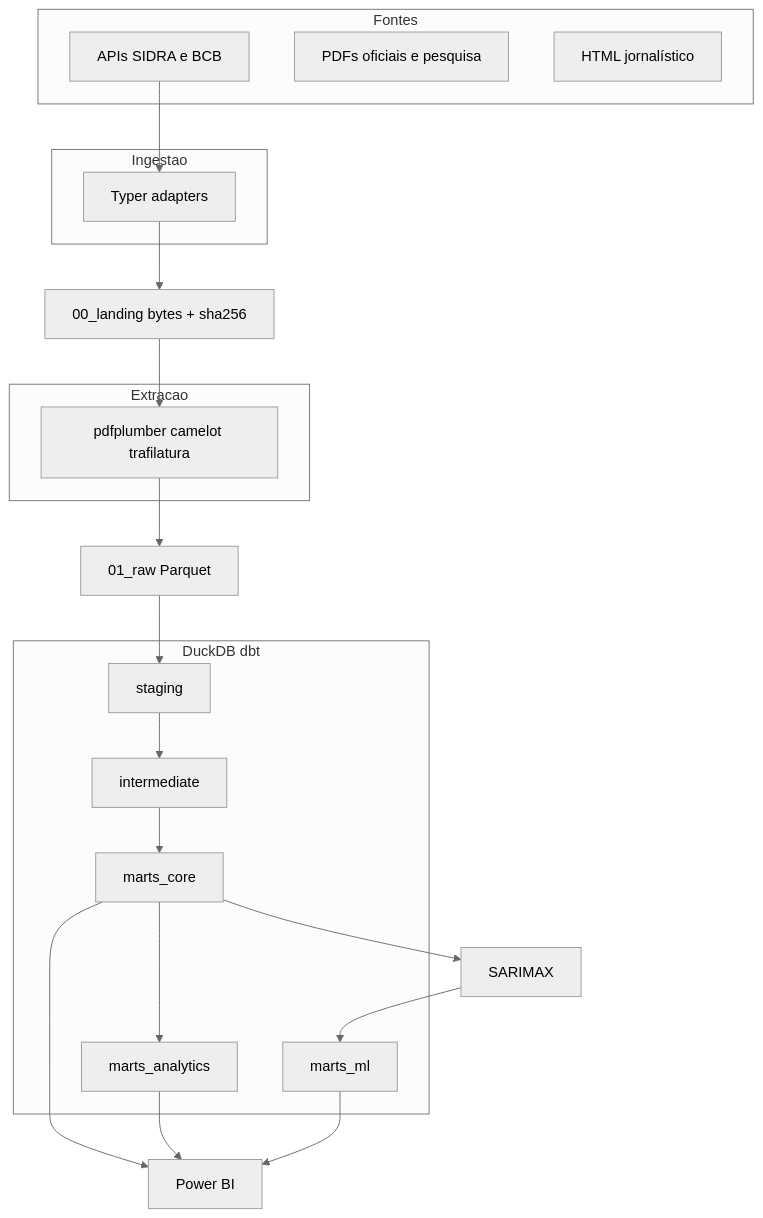
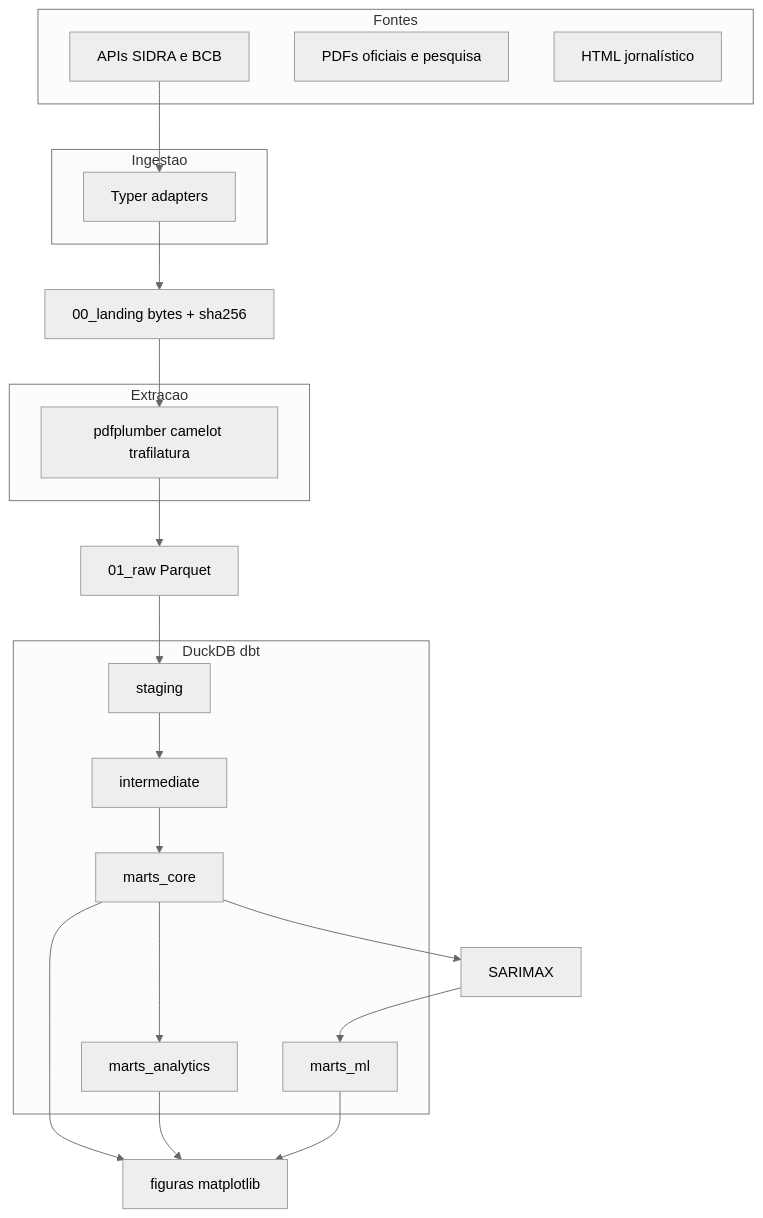
The diagram in docs/architecture.md (Kaynan1101/bets-cerveja), drawn with Mermaid (neutral theme) before and after one commit. The commit also changed other lines of this file and 13 other files, not shown here.

````diff
--- a/docs/architecture.md
+++ b/docs/architecture.md
@@ -5,30 +5,30 @@
 ```mermaid
 flowchart TB
     subgraph src [Fontes]
         A1[APIs SIDRA e BCB]
         A2[PDFs oficiais e pesquisa]
         A3[HTML jornalístico]
     end
     subgraph ing [Ingestao]
         B1[Typer adapters]
     end
     C1[00_landing bytes + sha256]
     subgraph extract [Extracao]
         D1[pdfplumber camelot trafilatura]
     end
     E1[01_raw Parquet]
     subgraph wh [DuckDB dbt]
         F2[staging]
         F3[intermediate]
         F4[marts_core]
         F5[marts_analytics]
         F6[marts_ml]
     end
     H1[SARIMAX]
-    G1[Power BI]
+    G1[figuras matplotlib]
     A1 --> B1 --> C1 --> D1 --> E1 --> F2 --> F3 --> F4 --> F5
     F4 --> H1 --> F6
     F4 --> G1
     F5 --> G1
     F6 --> G1
 ```
````
